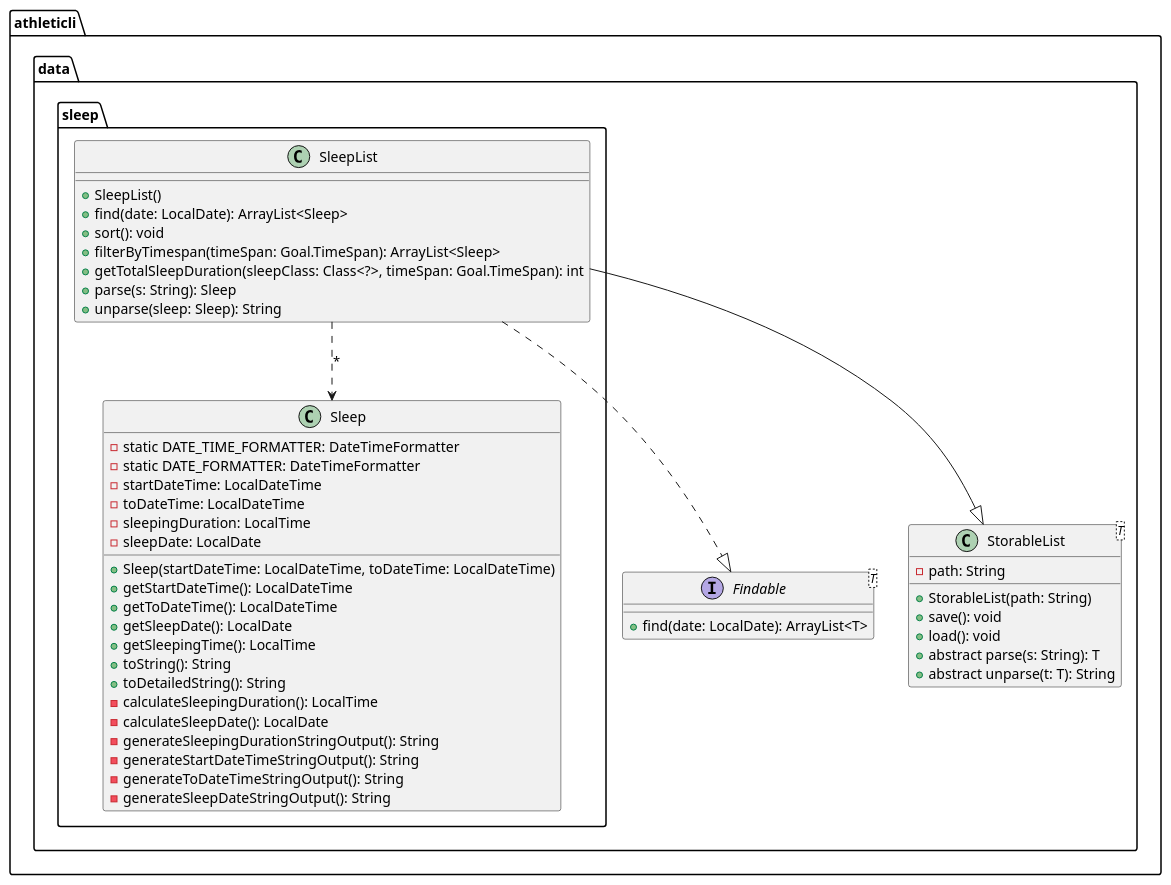
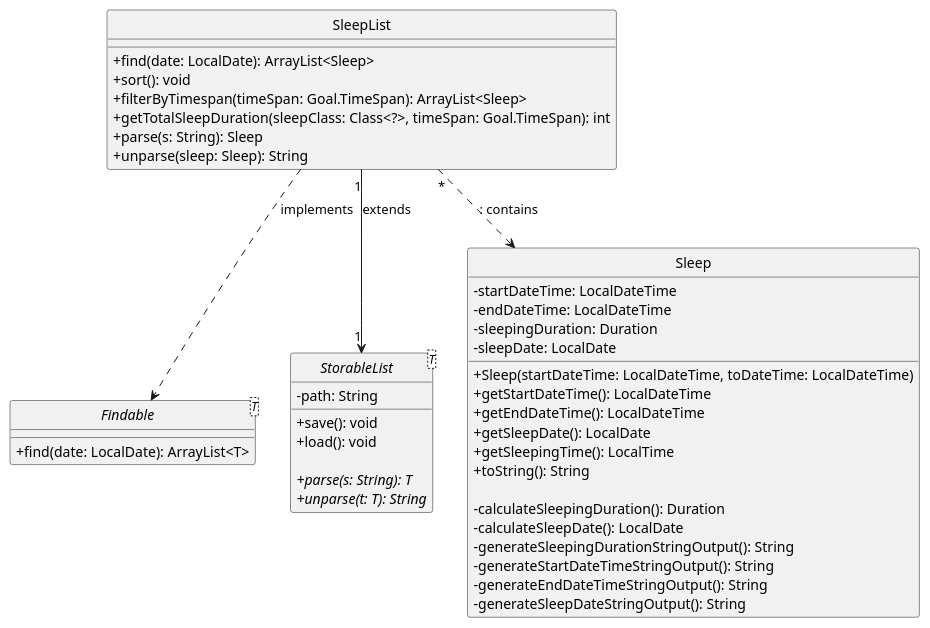
Before and after one commit to AY2324S1-CS2113-T17-1/tp: the diagram in docs/puml/Sleep/SleepAndSleeplistClassDiagram.puml, drawn with PlantUML.

Commit message:
update Class diagram for sleep and sleep list

```diff
--- a/docs/puml/Sleep/SleepAndSleeplistClassDiagram.puml
+++ b/docs/puml/Sleep/SleepAndSleeplistClassDiagram.puml
@@ -1,60 +1,55 @@
 @startuml
+skinparam classAttributeIconSize 0
+hide circle
 
-package athleticli.data {
 
-    interface Findable<T> {
-        + find(date: LocalDate): ArrayList<T>
-    }
-
-    class StorableList<T> {
-        - path: String
-        
-        + StorableList(path: String)
-        + save(): void
-        + load(): void
-        + abstract parse(s: String): T
-        + abstract unparse(t: T): String
-    }
+interface Findable<T> {
+    + find(date: LocalDate): ArrayList<T>
 }
 
-package athleticli.data.sleep {
+abstract class StorableList<T> {
+    - path: String
+    
+    + save(): void
+    + load(): void
 
-    class Sleep {
-        - static DATE_TIME_FORMATTER: DateTimeFormatter
-        - static DATE_FORMATTER: DateTimeFormatter
-        - startDateTime: LocalDateTime
-        - toDateTime: LocalDateTime
-        - sleepingDuration: LocalTime
-        - sleepDate: LocalDate
-
-        + Sleep(startDateTime: LocalDateTime, toDateTime: LocalDateTime)
-        + getStartDateTime(): LocalDateTime
-        + getToDateTime(): LocalDateTime
-        + getSleepDate(): LocalDate
-        + getSleepingTime(): LocalTime
-        + toString(): String
-        + toDetailedString(): String
-        - calculateSleepingDuration(): LocalTime
-        - calculateSleepDate(): LocalDate
-        - generateSleepingDurationStringOutput(): String
-        - generateStartDateTimeStringOutput(): String
-        - generateToDateTimeStringOutput(): String
-        - generateSleepDateStringOutput(): String
-    }
-
-    class SleepList {
-        + SleepList()
-        + find(date: LocalDate): ArrayList<Sleep>
-        + sort(): void
-        + filterByTimespan(timeSpan: Goal.TimeSpan): ArrayList<Sleep>
-        + getTotalSleepDuration(sleepClass: Class<?>, timeSpan: Goal.TimeSpan): int
-        + parse(s: String): Sleep
-        + unparse(sleep: Sleep): String
-    }
-
-    SleepList --|> StorableList
-    SleepList ..> Sleep: "*"
-    SleepList ..|> Findable
+    + {abstract} parse(s: String): T
+    + {abstract} unparse(t: T): String
 }
 
+
+class Sleep {
+    - startDateTime: LocalDateTime
+    - endDateTime: LocalDateTime
+    - sleepingDuration: Duration
+    - sleepDate: LocalDate
+
+    + Sleep(startDateTime: LocalDateTime, toDateTime: LocalDateTime)
+    + getStartDateTime(): LocalDateTime
+    + getEndDateTime(): LocalDateTime
+    + getSleepDate(): LocalDate
+    + getSleepingTime(): LocalTime
+    + toString(): String
+
+    - calculateSleepingDuration(): Duration
+    - calculateSleepDate(): LocalDate
+    - generateSleepingDurationStringOutput(): String
+    - generateStartDateTimeStringOutput(): String
+    - generateEndDateTimeStringOutput(): String
+    - generateSleepDateStringOutput(): String
+}
+
+class SleepList {
+    + find(date: LocalDate): ArrayList<Sleep>
+    + sort(): void
+    + filterByTimespan(timeSpan: Goal.TimeSpan): ArrayList<Sleep>
+    + getTotalSleepDuration(sleepClass: Class<?>, timeSpan: Goal.TimeSpan): int
+    + parse(s: String): Sleep
+    + unparse(sleep: Sleep): String
+}
+
+SleepList "1" --> "1" StorableList: extends
+SleepList "*" ..>  Sleep: : contains
+SleepList ..> Findable : implements
+
 @enduml
```
